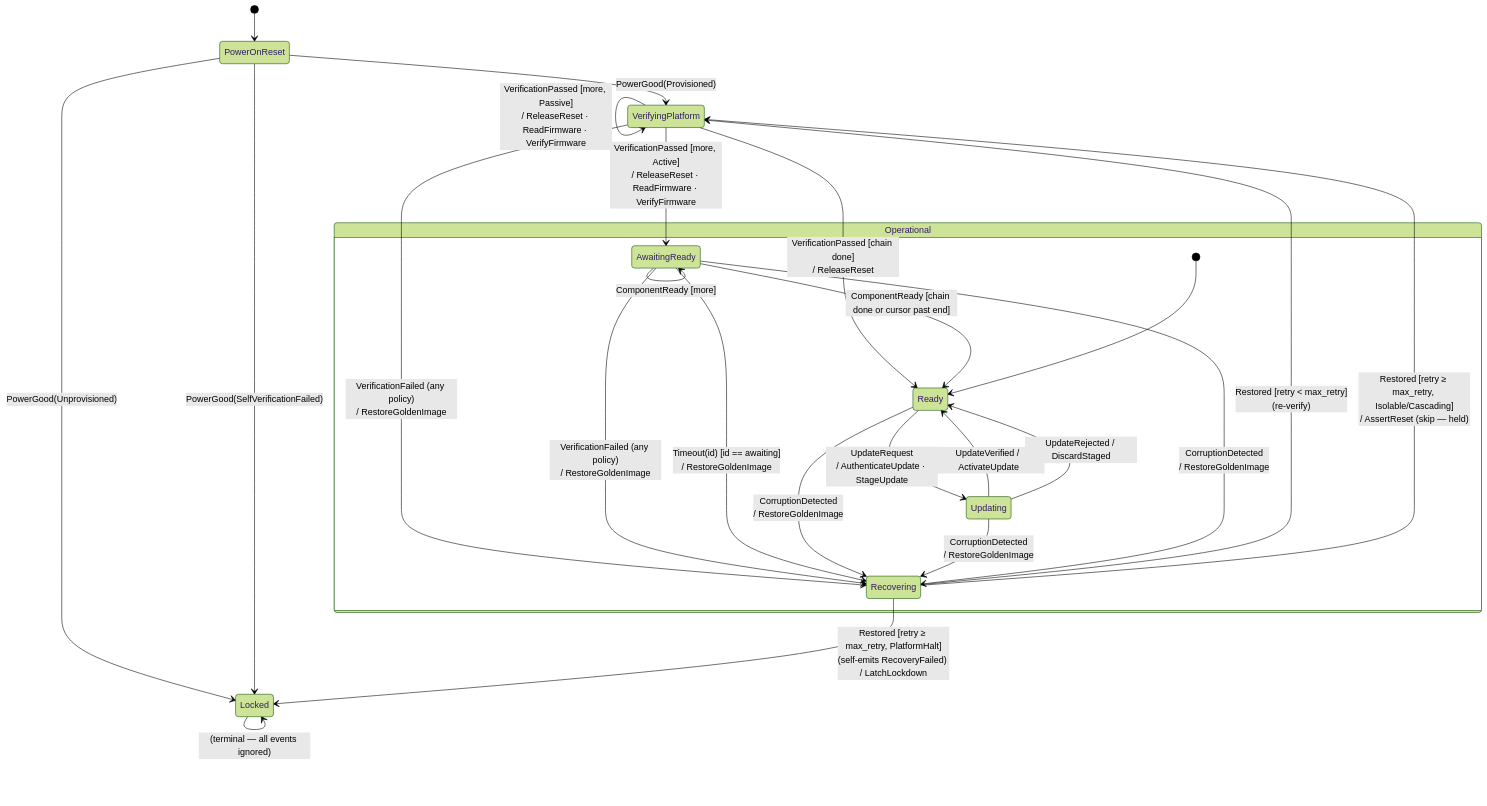
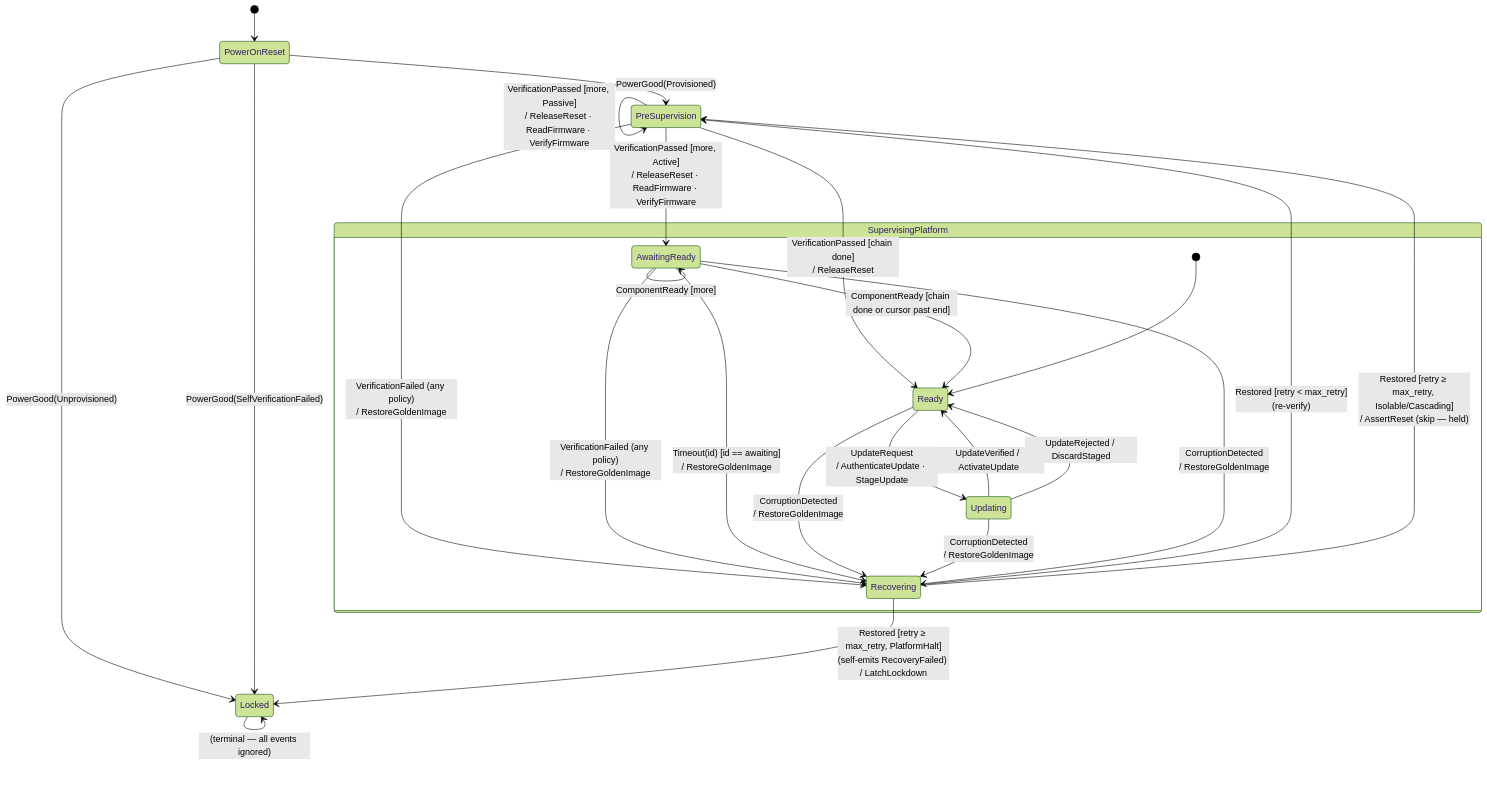
One commit to rusty1968/openprot changed the diagram in docs/src/design/orchestrator/orchestrator-machine.md. Above: the diagram before and after it, drawn with Mermaid (forest theme). The commit also changed other lines of this file and 6 other files, not shown here.

````diff
--- a/docs/src/design/orchestrator/orchestrator-machine.md
+++ b/docs/src/design/orchestrator/orchestrator-machine.md
@@ -7,34 +7,34 @@
 ```mermaid
 stateDiagram-v2
     [*] --> PowerOnReset
 
-    PowerOnReset --> VerifyingPlatform : PowerGood(Provisioned)
+    PowerOnReset --> PreSupervision : PowerGood(Provisioned)
     PowerOnReset --> Locked             : PowerGood(Unprovisioned)
     PowerOnReset --> Locked             : PowerGood(SelfVerificationFailed)
 
-    VerifyingPlatform --> VerifyingPlatform : VerificationPassed [more, Passive]<br/>/ ReleaseReset · ReadFirmware · VerifyFirmware
-    VerifyingPlatform --> AwaitingReady     : VerificationPassed [more, Active]<br/>/ ReleaseReset · ReadFirmware · VerifyFirmware
-    VerifyingPlatform --> Ready             : VerificationPassed [chain done]<br/>/ ReleaseReset
-    VerifyingPlatform --> Recovering        : VerificationFailed (any policy)<br/>/ RestoreGoldenImage
+    PreSupervision --> PreSupervision : VerificationPassed [more, Passive]<br/>/ ReleaseReset · ReadFirmware · VerifyFirmware
+    PreSupervision --> AwaitingReady     : VerificationPassed [more, Active]<br/>/ ReleaseReset · ReadFirmware · VerifyFirmware
+    PreSupervision --> Ready             : VerificationPassed [chain done]<br/>/ ReleaseReset
+    PreSupervision --> Recovering        : VerificationFailed (any policy)<br/>/ RestoreGoldenImage
 
     AwaitingReady --> AwaitingReady : VerificationPassed [more]<br/>/ ReleaseReset · ReadFirmware · VerifyFirmware
     AwaitingReady --> Ready         : ComponentReady [chain done or cursor past end]
     AwaitingReady --> AwaitingReady : ComponentReady [more]
     AwaitingReady --> Recovering    : VerificationFailed (any policy)<br/>/ RestoreGoldenImage
     AwaitingReady --> Recovering    : Timeout(id) [id == awaiting]<br/>/ RestoreGoldenImage
 
-    state Operational {
+    state SupervisingPlatform {
         [*]           --> Ready
         Ready         --> Updating      : UpdateRequest<br/>/ AuthenticateUpdate · StageUpdate
         Updating      --> Ready         : UpdateVerified / ActivateUpdate
         Updating      --> Ready         : UpdateRejected / DiscardStaged
         Ready         --> Recovering    : CorruptionDetected<br/>/ RestoreGoldenImage
         Updating      --> Recovering    : CorruptionDetected<br/>/ RestoreGoldenImage
         AwaitingReady --> Recovering    : CorruptionDetected<br/>/ RestoreGoldenImage
     }
 
-    Recovering --> VerifyingPlatform : Restored [retry < max_retry]<br/>(re-verify)
-    Recovering --> VerifyingPlatform : Restored [retry ≥ max_retry, Isolable/Cascading]<br/>/ AssertReset (skip — held)
+    Recovering --> PreSupervision : Restored [retry < max_retry]<br/>(re-verify)
+    Recovering --> PreSupervision : Restored [retry ≥ max_retry, Isolable/Cascading]<br/>/ AssertReset (skip — held)
     Recovering --> Locked    : Restored [retry ≥ max_retry, PlatformHalt]<br/>(self-emits RecoveryFailed) / LatchLockdown
     Locked     --> Locked    : (terminal — all events ignored)
 ```
````
